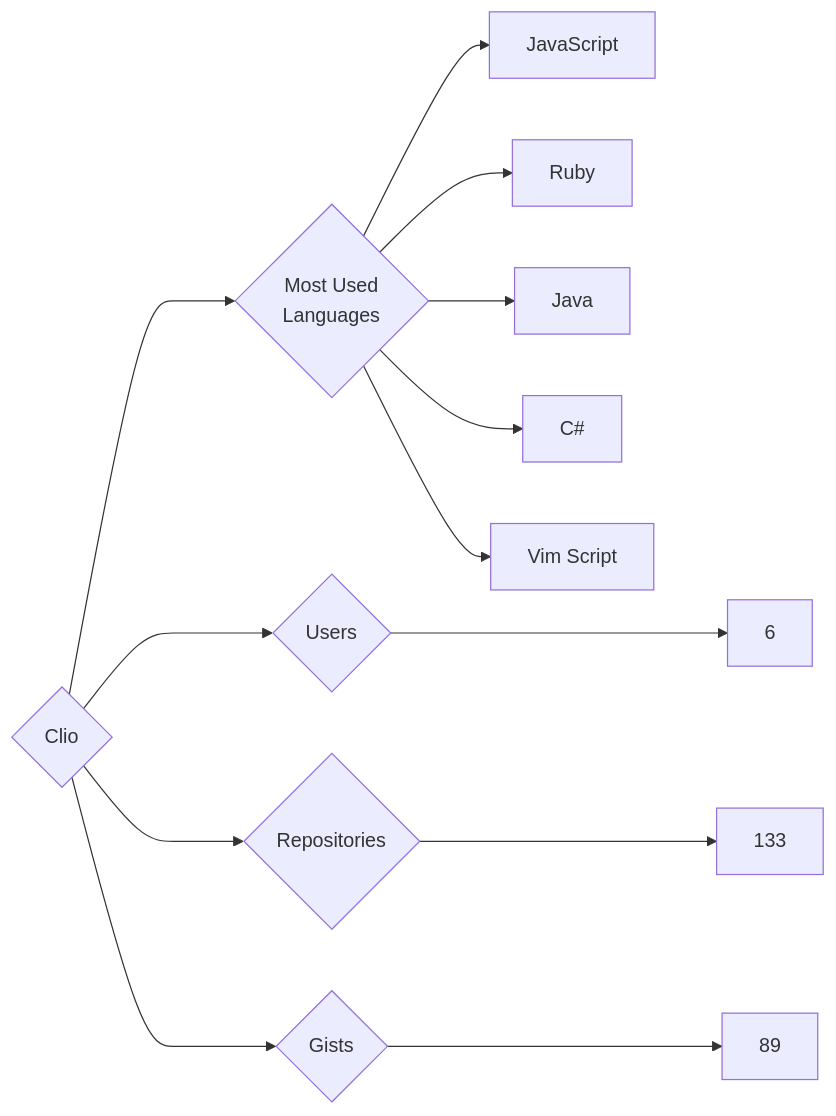
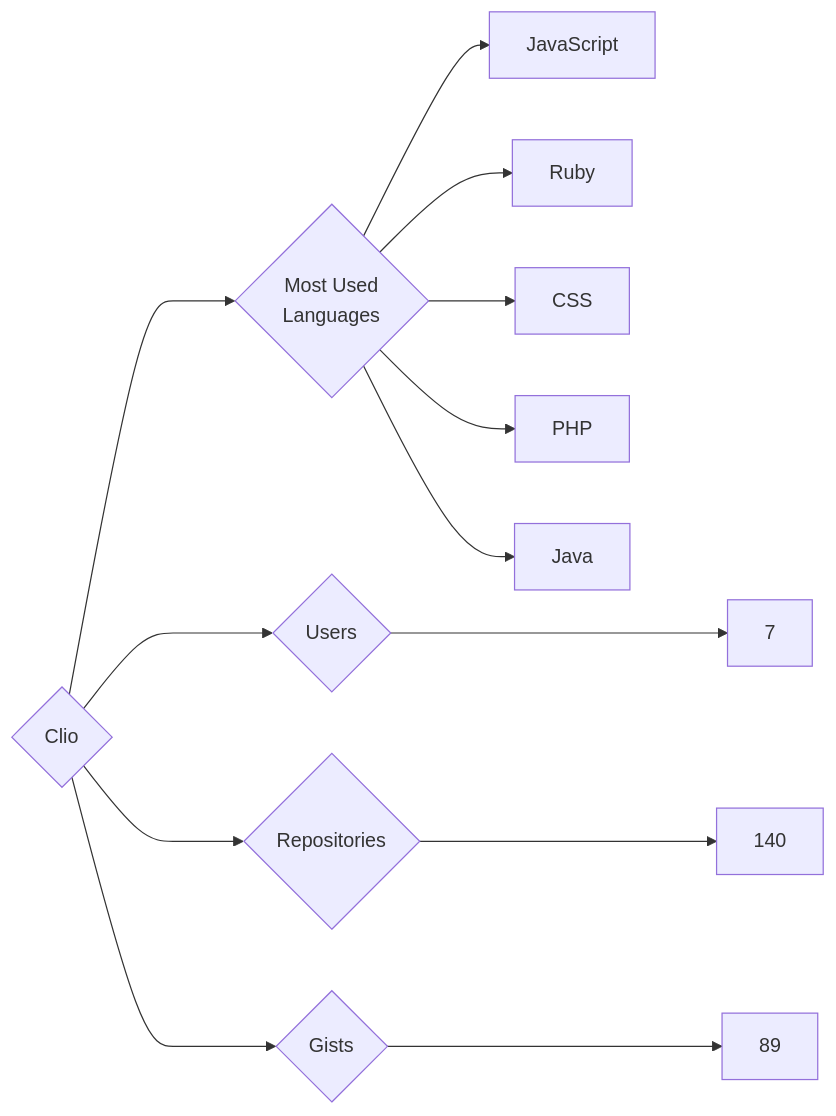
The diagram in targets/Clio/README.md (trickest/insiders), drawn with Mermaid before and after one commit. The commit also changed 912 other files, not shown here.

````diff
--- a/targets/Clio/README.md
+++ b/targets/Clio/README.md
@@ -3,13 +3,13 @@
 ```mermaid
 graph LR
 COMPANY_NAME{Clio}
-COMPANY_NAME ---> U{Users} ---> UN[6]
-COMPANY_NAME ---> R{Repositories} ---> RN[133]
+COMPANY_NAME ---> U{Users} ---> UN[7]
+COMPANY_NAME ---> R{Repositories} ---> RN[140]
 COMPANY_NAME ---> G{Gists} ---> GN[89]
 COMPANY_NAME ---> ML{Most Used<br>Languages}
 ML --> JavaScript[JavaScript]
 ML --> Ruby[Ruby]
+ML --> CSS[CSS]
+ML --> PHP[PHP]
 ML --> Java[Java]
-ML --> C#[C#]
-ML --> Vim_Script[Vim Script]
 ```
````
